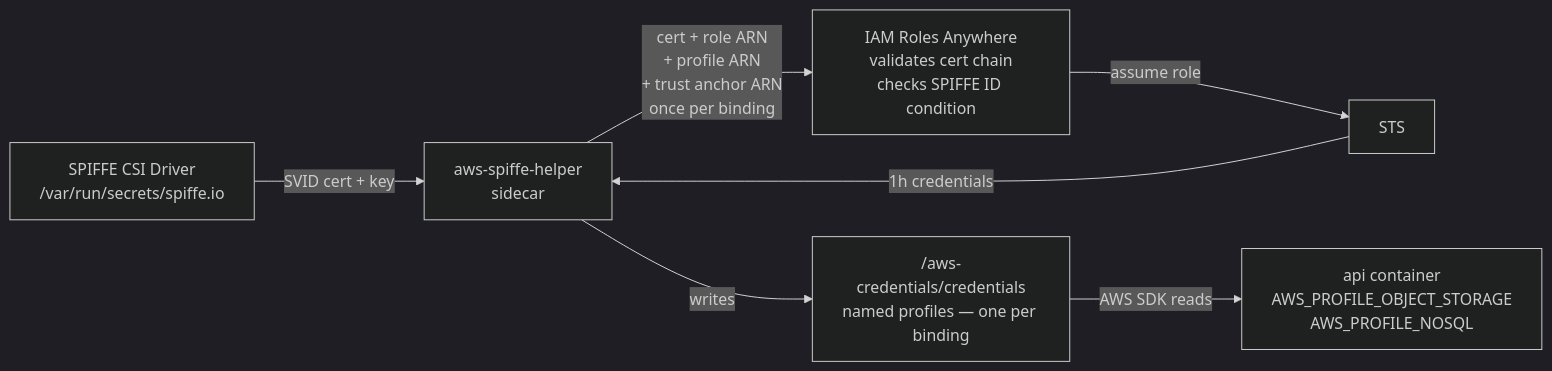
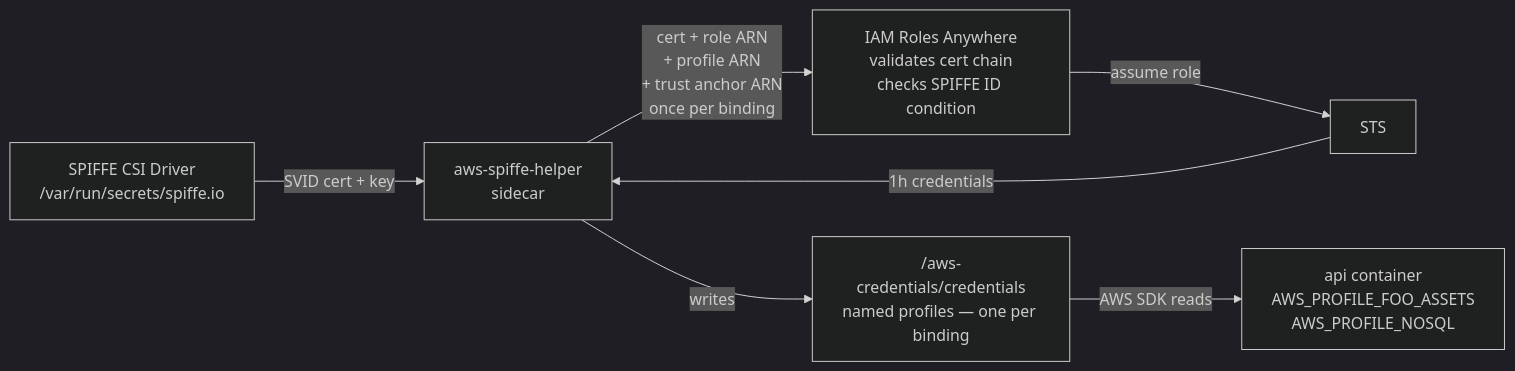
One commit to cujarrett/homelab changed the second of 2 diagrams in docs/workload-identity.md. Above: the diagram before and after it, drawn with Mermaid (dark theme). The commit also changed other lines of this file and 2 other files, not shown here.

````diff
--- a/docs/workload-identity.md
+++ b/docs/workload-identity.md
@@ -146,17 +146,17 @@
 ```mermaid
 %%{init: {'flowchart': {'nodeSpacing': 50, 'rankSpacing': 60}}}%%
 flowchart LR
     csi["SPIFFE CSI Driver\n/var/run/secrets/spiffe.io"]
     sidecar["aws-spiffe-helper\nsidecar"]
     ra["IAM Roles Anywhere\nvalidates cert chain\nchecks SPIFFE ID condition"]
     sts["STS"]
     creds["/aws-credentials/credentials\nnamed profiles — one per binding"]
-    app["api container\nAWS_PROFILE_OBJECT_STORAGE\nAWS_PROFILE_NOSQL"]
+    app["api container\nAWS_PROFILE_FOO_ASSETS\nAWS_PROFILE_NOSQL"]
 
     csi -->|"SVID cert + key"| sidecar
     sidecar -->|"cert + role ARN\n+ profile ARN\n+ trust anchor ARN\nonce per binding"| ra
     ra -->|"assume role"| sts
     sts -->|"1h credentials"| sidecar
     sidecar -->|"writes"| creds
     creds -->|"AWS SDK reads"| app
 ```
````
